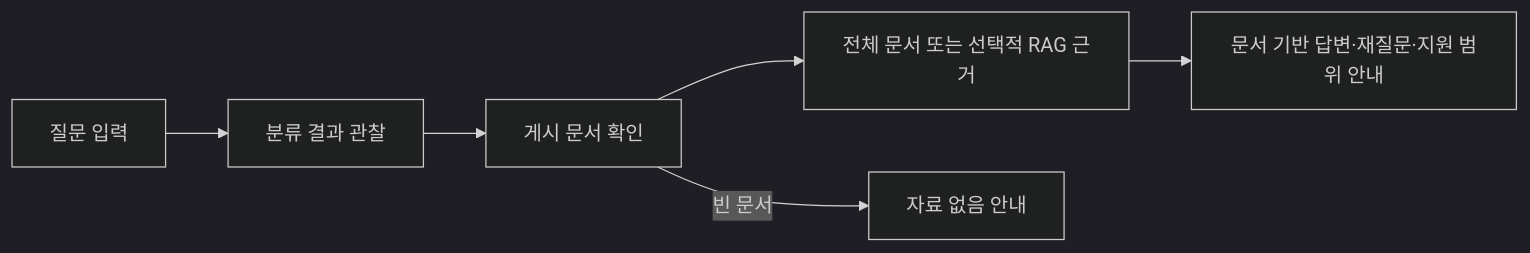
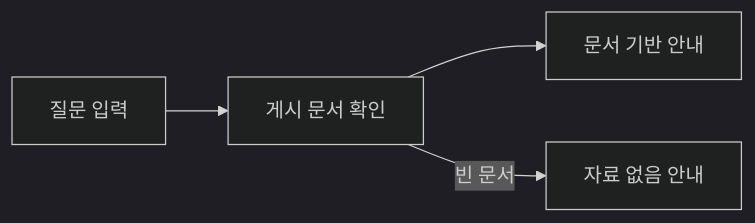
One commit to KANT-2nd-project/sanaebi changed the diagram in README.md. Above: the diagram before and after it, drawn with Mermaid (dark theme). The commit also changed other lines of this file, not shown here.

Commit message:
docs: align README with reader-focused writing guidelines

````diff
--- a/README.md
+++ b/README.md
@@ -25,8 +25,6 @@
 ```mermaid
 flowchart LR
-    Q["질문 입력"] --> C["분류 결과 관찰"]
-    C --> D["게시 문서 확인"]
-    D --> E["전체 문서 또는 선택적 RAG 근거"]
-    E --> A["문서 기반 답변·재질문·지원 범위 안내"]
+    Q["질문 입력"] --> D["게시 문서 확인"]
+    D --> A["문서 기반 안내"]
     D -->|"빈 문서"| N["자료 없음 안내"]
 ```
````
